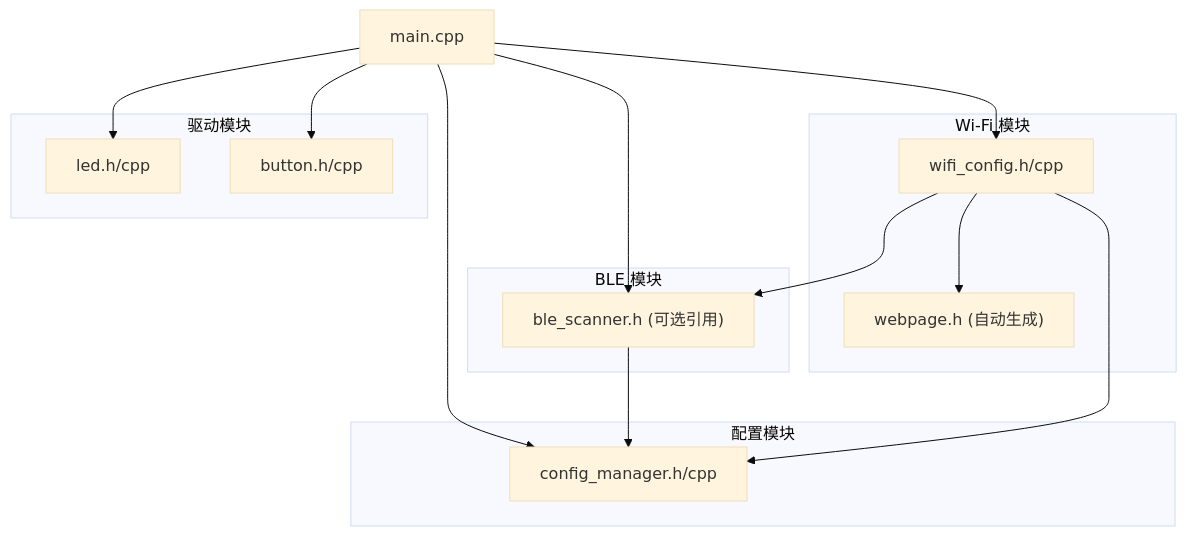
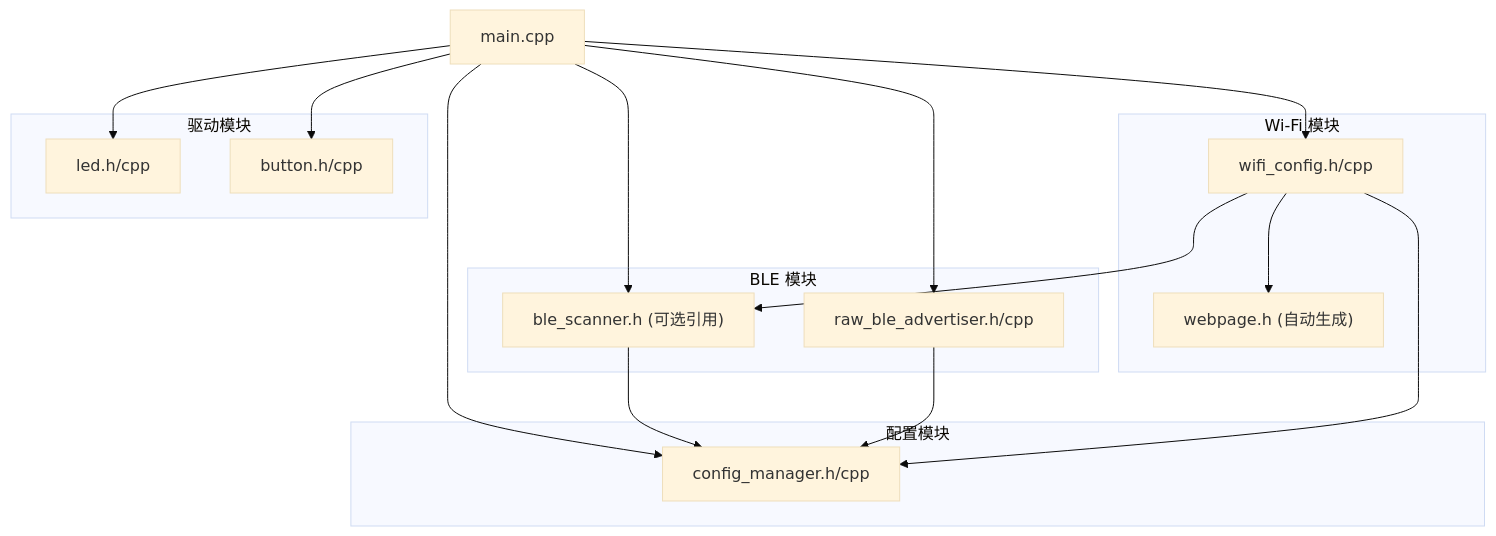
Before and after one commit to Sheep118/esp32c3-Dongle: the diagram in doc/架构文档.md, drawn with Mermaid (base theme). The commit also changed other lines of this file and 2 other files, not shown here.

````diff
--- a/doc/架构文档.md
+++ b/doc/架构文档.md
@@ -56,27 +64,30 @@
 ```mermaid
 graph TD
     A[main.cpp] --> B[led.h/cpp]
     A --> C[button.h/cpp]
     A --> D[config_manager.h/cpp]
     A --> E[ble_scanner.h/cpp]
+    A --> H[raw_ble_advertiser.h/cpp]
     A --> F[wifi_config.h/cpp]
     E --> D
+    H --> D
     F --> D
     F --> E["ble_scanner.h (可选引用)"]
     F --> G["webpage.h (自动生成)"]
 
     subgraph BLE 模块
         E
+        H
     end
     subgraph 配置模块
         D
     end
     subgraph Wi-Fi 模块
         F
         G
     end
     subgraph 驱动模块
         B
         C
     end
 ```
````
